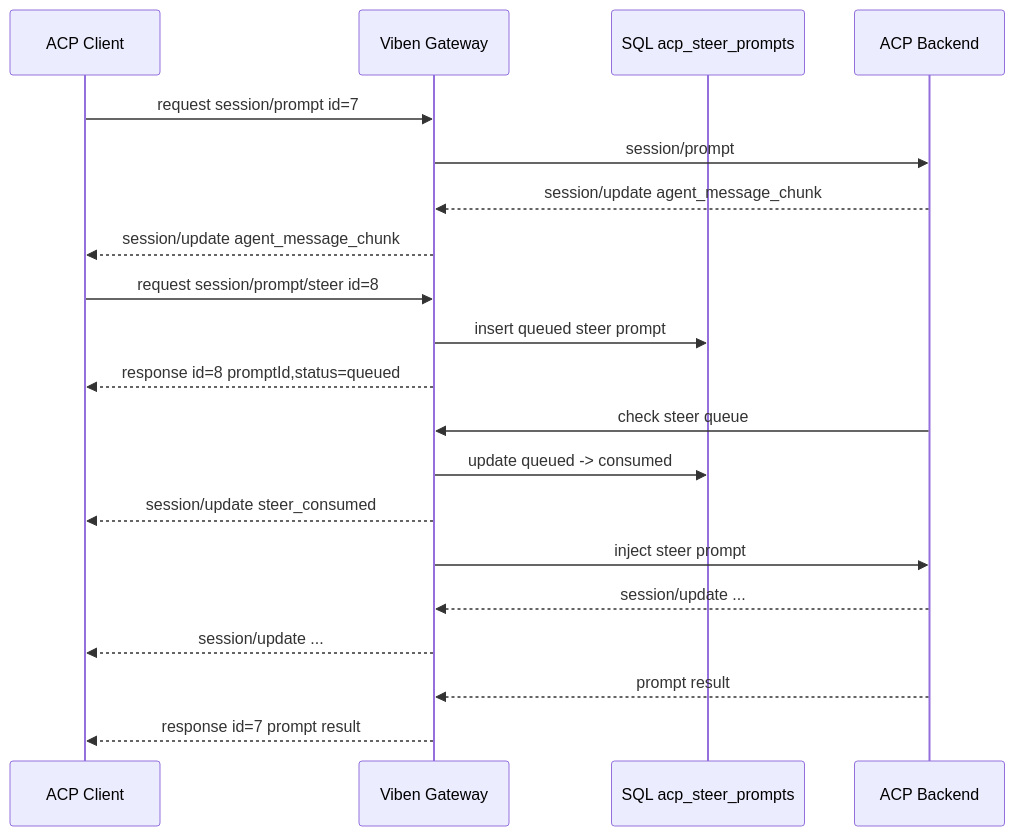
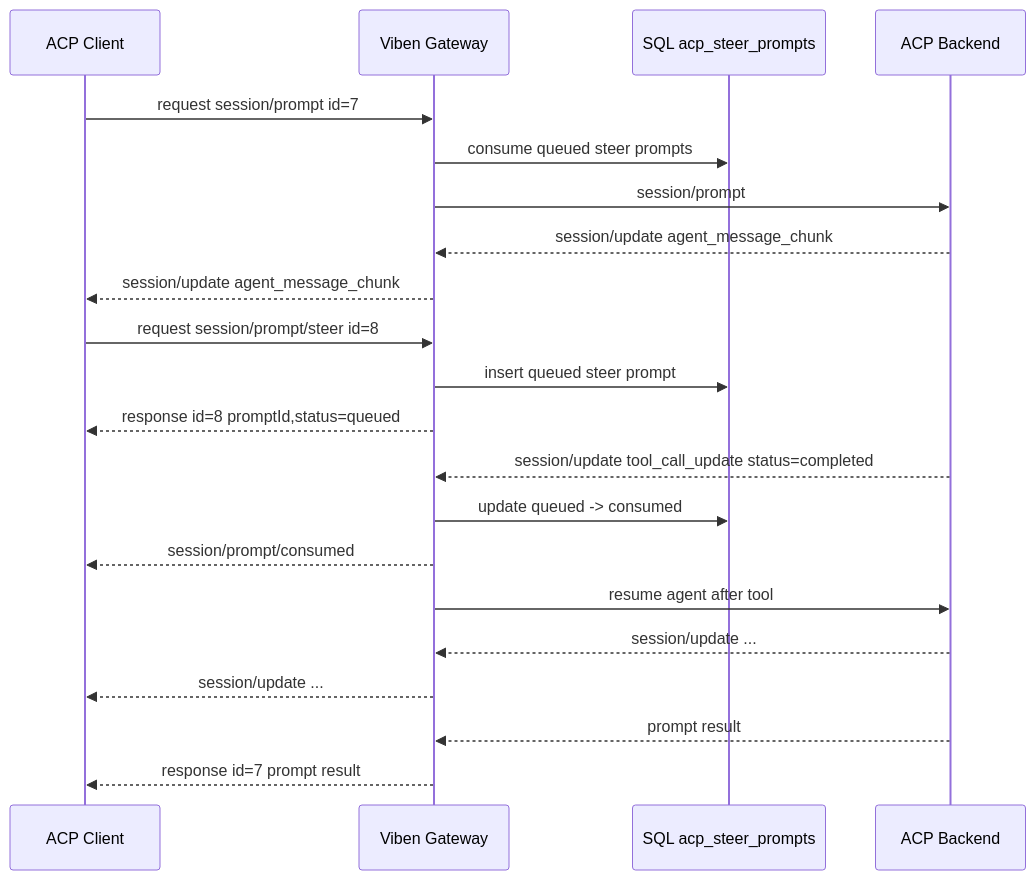
Before and after one commit to LinXueyuanStdio/viben: the seventh of 10 diagrams in docs/specs/modules/gateway/acp.md, drawn with Mermaid. The commit also changed other lines of this file, not shown here.

````diff
--- a/docs/specs/modules/gateway/acp.md
+++ b/docs/specs/modules/gateway/acp.md
@@ -1761,23 +1766,24 @@
 ```mermaid
 sequenceDiagram
   participant C as ACP Client
   participant G as Viben Gateway
   participant DB as SQL acp_steer_prompts
   participant B as ACP Backend
 
   C->>G: request session/prompt id=7
+  G->>DB: consume queued steer prompts
   G->>B: session/prompt
   B-->>G: session/update agent_message_chunk
   G-->>C: session/update agent_message_chunk
   C->>G: request session/prompt/steer id=8
   G->>DB: insert queued steer prompt
   G-->>C: response id=8 promptId,status=queued
-  B->>G: check steer queue
+  B-->>G: session/update tool_call_update status=completed
   G->>DB: update queued -> consumed
-  G-->>C: session/update steer_consumed
-  G->>B: inject steer prompt
+  G-->>C: session/prompt/consumed
+  G->>B: resume agent after tool
   B-->>G: session/update ...
   G-->>C: session/update ...
   B-->>G: prompt result
   G-->>C: response id=7 prompt result
 ```
````
